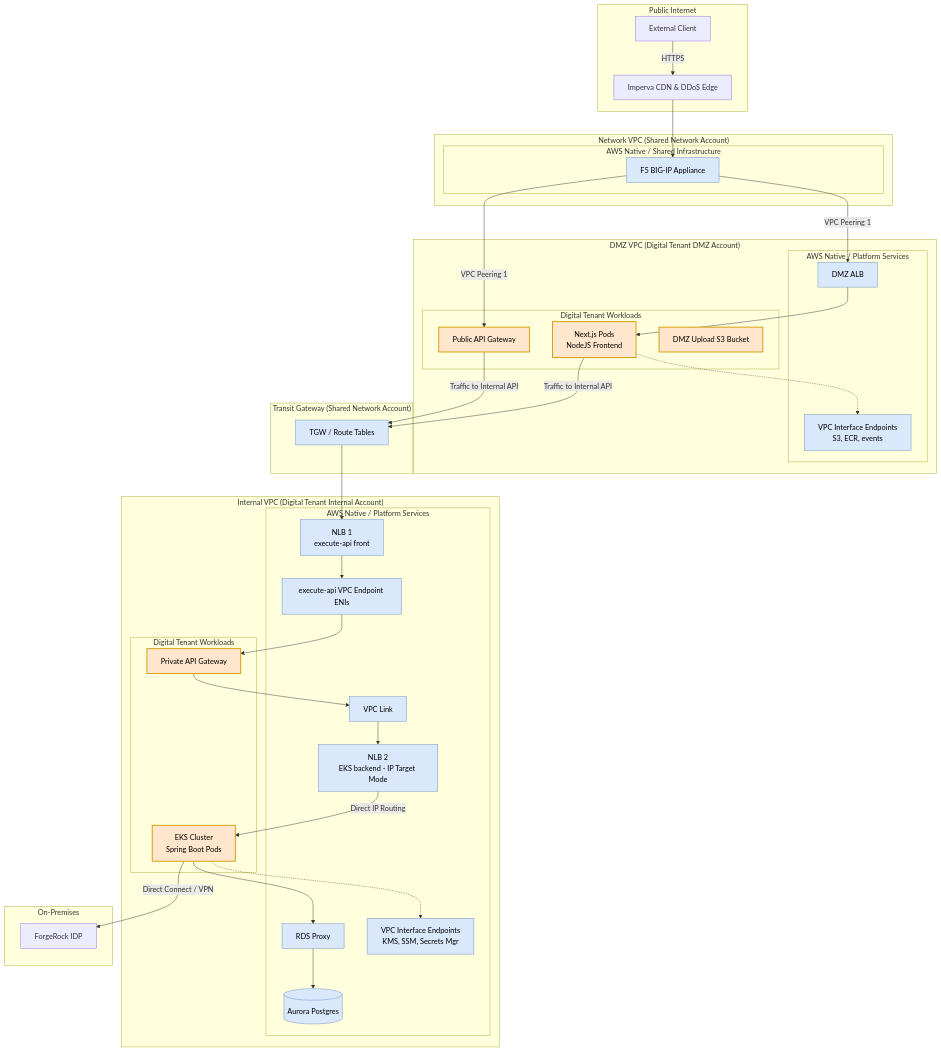
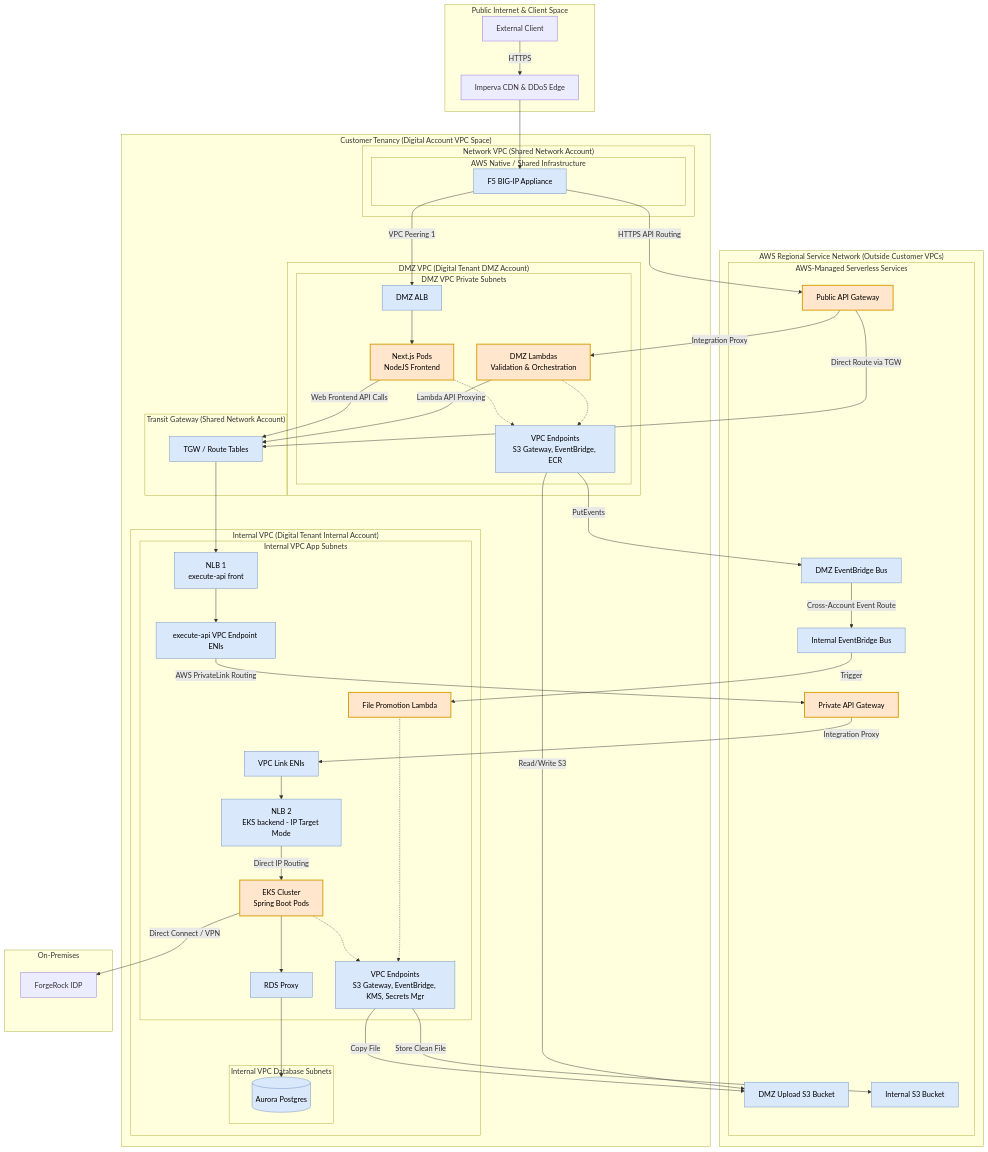
One commit to mgarythomas/aws-design-docs changed the diagram in docs/aws-platform-architecture-review.md. Above: the diagram before and after it, drawn with Mermaid. The commit also changed other lines of this file, not shown here.

Commit message:
docs: update architecture review diagram and add logical definitions for VPC and AWS service network boundaries

````diff
--- a/docs/aws-platform-architecture-review.md
+++ b/docs/aws-platform-architecture-review.md
@@ -27,67 +27,75 @@
 ```mermaid
 graph TD
-    subgraph Public_Internet ["Public Internet"]
+    subgraph Client_Space ["Public Internet & Client Space"]
         Client[External Client]
         Imperva[Imperva CDN & DDoS Edge]
         Client -->|HTTPS| Imperva
     end
 
-    subgraph Network_VPC ["Network VPC (Shared Network Account)"]
-        subgraph Net_Native ["AWS Native / Shared Infrastructure"]
-            F5[F5 BIG-IP Appliance]
+    subgraph AWS_Service_Network ["AWS Regional Service Network (Outside Customer VPCs)"]
+        subgraph Native_APIGW ["AWS-Managed Serverless Services"]
+            APIGW_DMZ[Public API Gateway]
+            APIGW_INT[Private API Gateway]
+            EB_DMZ[DMZ EventBridge Bus]
+            EB_INT[Internal EventBridge Bus]
+            S3_DMZ[DMZ Upload S3 Bucket]
+            S3_INT[Internal S3 Bucket]
         end
-        Imperva --> F5
     end
 
-    subgraph DMZ_VPC ["DMZ VPC (Digital Tenant DMZ Account)"]
-        subgraph DMZ_Tenant_Workloads ["Digital Tenant Workloads"]
-            NextJS[Next.js Pods<br/>NodeJS Frontend]
-            APIGW_DMZ[Public API Gateway]
-            S3_DMZ[DMZ Upload S3 Bucket]
+    subgraph Tenant_Tenancy ["Customer Tenancy (Digital Account VPC Space)"]
+        subgraph Network_VPC ["Network VPC (Shared Network Account)"]
+            subgraph Net_Native ["AWS Native / Shared Infrastructure"]
+                F5[F5 BIG-IP Appliance]
+            end
+            Imperva --> F5
         end
-        
-        subgraph DMZ_Native ["AWS Native / Platform Services"]
-            ALB_DMZ[DMZ ALB]
-            VPCE_DMZ[VPC Interface Endpoints<br/>S3, ECR, events]
+
+        subgraph DMZ_VPC ["DMZ VPC (Digital Tenant DMZ Account)"]
+            subgraph DMZ_VPC_Private ["DMZ VPC Private Subnets"]
+                ALB_DMZ[DMZ ALB]
+                NextJS[Next.js Pods<br/>NodeJS Frontend]
+                DMZ_Lambdas[DMZ Lambdas<br/>Validation & Orchestration]
+                VPCE_DMZ[VPC Endpoints<br/>S3 Gateway, EventBridge, ECR]
+                
+                ALB_DMZ --> NextJS
+                NextJS -.-> VPCE_DMZ
+                DMZ_Lambdas -.-> VPCE_DMZ
+            end
         end
-        
-        F5 -->|VPC Peering 1| ALB_DMZ
-        F5 -->|VPC Peering 1| APIGW_DMZ
-        ALB_DMZ --> NextJS
-        NextJS -.-> VPCE_DMZ
-    end
 
-    subgraph Transit_Gateway ["Transit Gateway (Shared Network Account)"]
-        TGW[TGW / Route Tables]
-        NextJS -->|Traffic to Internal API| TGW
-        APIGW_DMZ -->|Traffic to Internal API| TGW
-    end
+        subgraph Transit_Gateway ["Transit Gateway (Shared Network Account)"]
+            TGW[TGW / Route Tables]
+            NextJS -->|Web Frontend API Calls| TGW
+            DMZ_Lambdas -->|Lambda API Proxying| TGW
+        end
 
-    subgraph Internal_VPC ["Internal VPC (Digital Tenant Internal Account)"]
-        subgraph Int_Tenant_Workloads ["Digital Tenant Workloads"]
-            EKS_INT[EKS Cluster<br/>Spring Boot Pods]
-            APIGW_INT[Private API Gateway]
+        subgraph Internal_VPC ["Internal VPC (Digital Tenant Internal Account)"]
+            subgraph Internal_VPC_Private ["Internal VPC App Subnets"]
+                NLB_1[NLB 1<br/>execute-api front]
+                VPCE_INT[execute-api VPC Endpoint ENIs]
+                VPCLink[VPC Link ENIs]
+                NLB_2[NLB 2<br/>EKS backend - IP Target Mode]
+                EKS_INT[EKS Cluster<br/>Spring Boot Pods]
+                File_Promo_Lambda[File Promotion Lambda]
+                RDSP[RDS Proxy]
+                VPCE_INT_Shared[VPC Endpoints<br/>S3 Gateway, EventBridge, KMS, Secrets Mgr]
+                
+                NLB_1 --> VPCE_INT
+                VPCLink --> NLB_2
+                NLB_2 -->|Direct IP Routing| EKS_INT
+                EKS_INT --> RDSP
+                EKS_INT -.-> VPCE_INT_Shared
+                File_Promo_Lambda -.-> VPCE_INT_Shared
+            end
+            
+            subgraph Internal_VPC_DB ["Internal VPC Database Subnets"]
+                Aurora[(Aurora Postgres)]
+                RDSP --> Aurora
+            end
+            
+            TGW --> NLB_1
         end
-        
-        subgraph Int_Native ["AWS Native / Platform Services"]
-            NLB_1[NLB 1<br/>execute-api front]
-            VPCE_INT[execute-api VPC Endpoint ENIs]
-            VPCLink[VPC Link]
-            NLB_2[NLB 2<br/>EKS backend - IP Target Mode]
-            RDSP[RDS Proxy]
-            Aurora[(Aurora Postgres)]
-            VPCE_INT_Shared[VPC Interface Endpoints<br/>KMS, SSM, Secrets Mgr]
-        end
-        
-        TGW --> NLB_1
-        NLB_1 --> VPCE_INT
-        VPCE_INT --> APIGW_INT
-        APIGW_INT --> VPCLink
-        VPCLink --> NLB_2
-        NLB_2 -->|Direct IP Routing| EKS_INT
-        EKS_INT --> RDSP
-        RDSP --> Aurora
-        EKS_INT -.-> VPCE_INT_Shared
     end
 
     subgraph On_Premises ["On-Premises"]
@@ -95,9 +103,25 @@
         EKS_INT -->|Direct Connect / VPN| FR
     end
 
+    %% Ingress and Egress connections between VPCs and Regional Services
+    F5 -->|VPC Peering 1| ALB_DMZ
+    F5 -->|HTTPS API Routing| APIGW_DMZ
+    APIGW_DMZ -->|Integration Proxy| DMZ_Lambdas
+    APIGW_DMZ -->|Direct Route via TGW| TGW
+    VPCE_INT -->|AWS PrivateLink Routing| APIGW_INT
+    APIGW_INT -->|Integration Proxy| VPCLink
+    
+    %% S3 & EventBridge connections
+    VPCE_DMZ -->|Read/Write S3| S3_DMZ
+    VPCE_DMZ -->|PutEvents| EB_DMZ
+    EB_DMZ -->|Cross-Account Event Route| EB_INT
+    EB_INT -->|Trigger| File_Promo_Lambda
+    VPCE_INT_Shared -->|Copy File| S3_DMZ
+    VPCE_INT_Shared -->|Store Clean File| S3_INT
+
     %% Apply Classes for Tenant vs Native
-    class NextJS,APIGW_DMZ,S3_DMZ,EKS_INT,APIGW_INT tenant;
-    class F5,ALB_DMZ,VPCE_DMZ,TGW,NLB_1,VPCE_INT,VPCLink,NLB_2,RDSP,Aurora,VPCE_INT_Shared native;
+    class NextJS,APIGW_DMZ,EKS_INT,APIGW_INT,DMZ_Lambdas,File_Promo_Lambda tenant;
+    class F5,ALB_DMZ,VPCE_DMZ,TGW,NLB_1,VPCE_INT,VPCLink,NLB_2,RDSP,Aurora,VPCE_INT_Shared,EB_DMZ,EB_INT,S3_DMZ,S3_INT native;
 
     classDef tenant fill:#ffe6cc,stroke:#d79b00,stroke-width:2px,color:#000;
     classDef native fill:#dae8fc,stroke:#6c8ebf,stroke-width:1px,color:#000;
````
